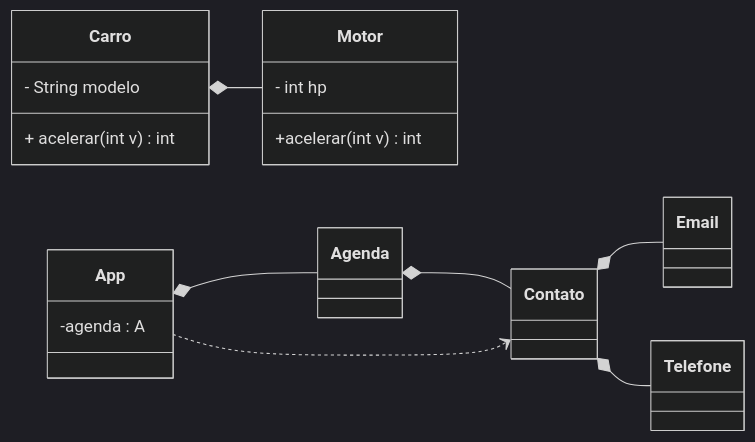
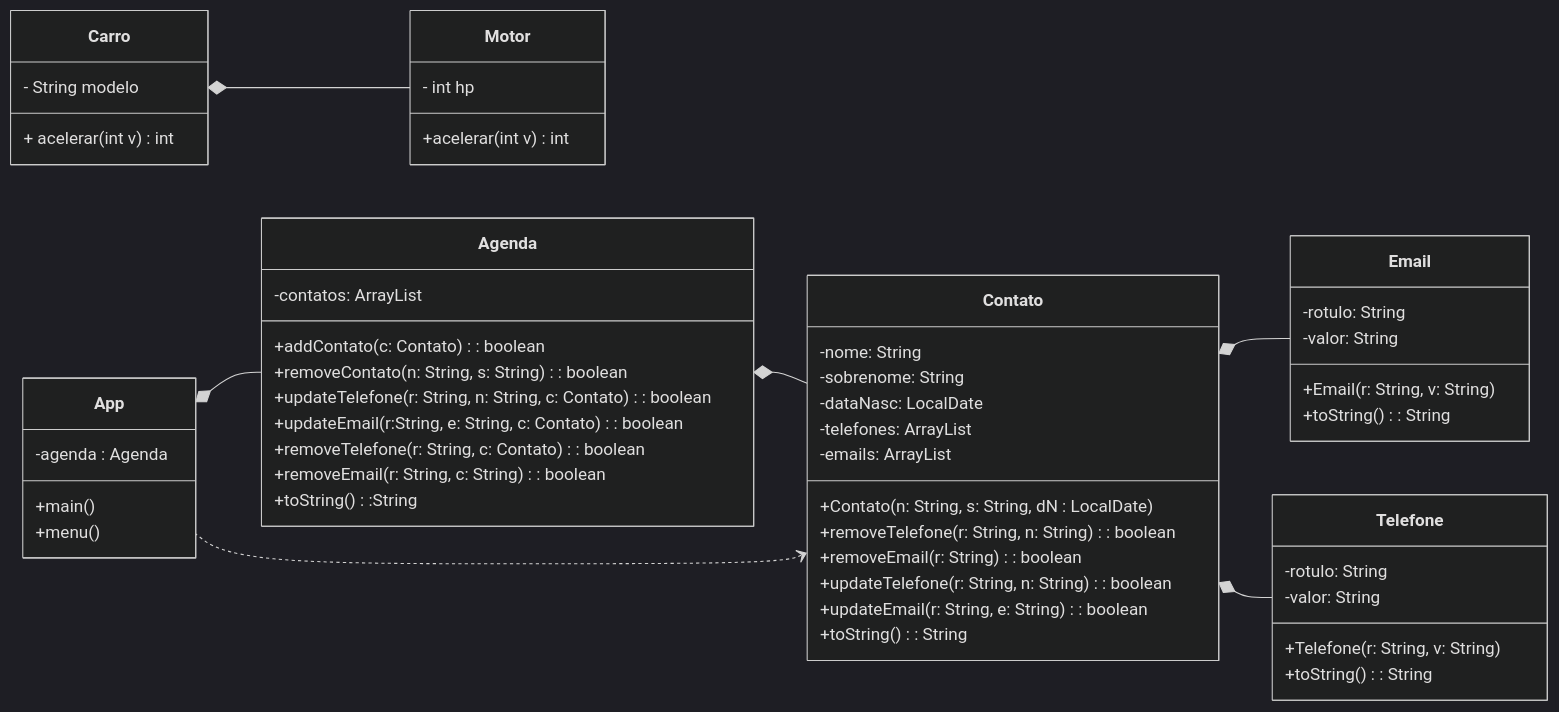
The diagram in Aula12/Readme.md (JoanaSilvaa/Poo), drawn with Mermaid (dark theme) before and after one commit. The commit also changed 13 other files, not shown here.

````diff
--- a/Aula12/Readme.md
+++ b/Aula12/Readme.md
@@ -3,39 +3,64 @@
 ```mermaid
 classDiagram
     direction LR
     
     class Carro{
         - String modelo
         + acelerar (int v) int
     }
     
     class Motor{
         - int hp
         +acelerar (int v) int
     }
     
     Carro *-- Motor
 
     class App{
-        -agenda : A
+        -agenda : Agenda
+        +main()
+        +menu()
     }
     class Agenda{
-
+        -contatos: ArrayList<Contatos>
+        +addContato(c: Contato): boolean
+        +removeContato(n: String, s: String): boolean
+        +updateTelefone(r: String, n: String, c: Contato): boolean
+        +updateEmail(r:String, e: String, c: Contato): boolean
+        +removeTelefone(r: String, c: Contato): boolean
+        +removeEmail(r: String, c: String): boolean
+        +toString():String
     }
     class Contato{
-        
+        -nome: String
+        -sobrenome: String
+        -dataNasc: LocalDate
+        -telefones: ArrayList<Telefone>
+        -emails: ArrayList<Email>
+        +Contato(n: String, s: String, dN : LocalDate)
+        +removeTelefone(r: String, n: String): boolean
+        +removeEmail(r: String) : boolean
+        +updateTelefone(r: String, n: String) : boolean
+        +updateEmail(r: String, e: String) : boolean
+        +toString(): String
     }
     class Email{
-        
+        -rotulo: String
+        -valor: String 
+        +Email (r: String, v: String)
+        +toString(): String
     }
     class Telefone{
-
+        -rotulo: String
+        -valor: String
+        +Telefone(r: String, v: String)
+        +toString(): String
     }
     Contato <.. App
     App    *-- Agenda
     Agenda *-- Contato
     Contato *-- Email
     Contato *-- Telefone
     
 
 ```
````
